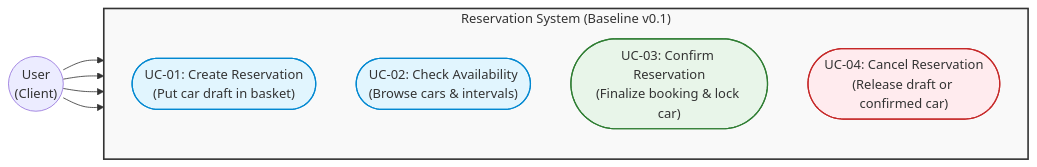
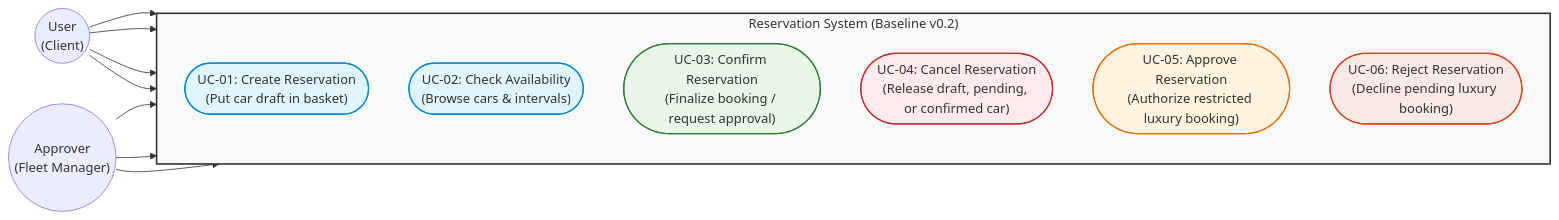
One commit to Zephy-X/AutaRepo changed the diagram in docs/specification/diagrams/actors-use-case-diagram.mmd. Above: the diagram before and after it, drawn with Mermaid. The commit also changed 18 other files, not shown here.

First line of the commit message:
docs: add baseline v0.2 specification and diagrams (#7)

```diff
--- a/docs/specification/diagrams/actors-use-case-diagram.mmd
+++ b/docs/specification/diagrams/actors-use-case-diagram.mmd
@@ -1,21 +1,30 @@
 flowchart LR
     User(("User<br>(Client)"))
+    Approver(("Approver<br>(Fleet Manager)"))
 
-    subgraph SystemBoundary ["Reservation System (Baseline v0.1)"]
+    subgraph SystemBoundary ["Reservation System (Baseline v0.2)"]
         direction TB
         UC1(["UC-01: Create Reservation<br>(Put car draft in basket)"])
         UC2(["UC-02: Check Availability<br>(Browse cars & intervals)"])
-        UC3(["UC-03: Confirm Reservation<br>(Finalize booking & lock car)"])
-        UC4(["UC-04: Cancel Reservation<br>(Release draft or confirmed car)"])
+        UC3(["UC-03: Confirm Reservation<br>(Finalize booking / request approval)"])
+        UC4(["UC-04: Cancel Reservation<br>(Release draft, pending, or confirmed car)"])
+        UC5(["UC-05: Approve Reservation<br>(Authorize restricted luxury booking)"])
+        UC6(["UC-06: Reject Reservation<br>(Decline pending luxury booking)"])
     end
 
     User --> UC2
     User --> UC1
     User --> UC3
     User --> UC4
 
+    Approver --> UC5
+    Approver --> UC6
+    Approver --> UC2
+
     style SystemBoundary fill:#f9f9f9,stroke:#333,stroke-width:2px
     style UC1 fill:#e1f5fe,stroke:#0288d1,stroke-width:1.5px
     style UC2 fill:#e1f5fe,stroke:#0288d1,stroke-width:1.5px
     style UC3 fill:#e8f5e9,stroke:#2e7d32,stroke-width:1.5px
     style UC4 fill:#ffebee,stroke:#c62828,stroke-width:1.5px
+    style UC5 fill:#fff3e0,stroke:#ef6c00,stroke-width:1.5px
+    style UC6 fill:#fbe9e7,stroke:#d84315,stroke-width:1.5px
```
